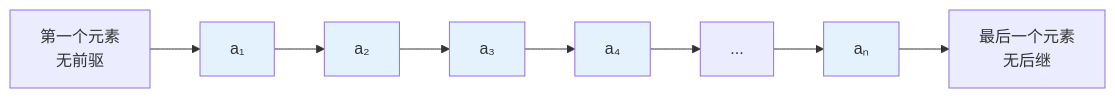
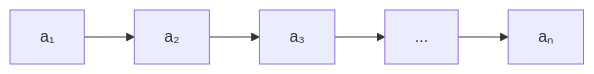
The third of 7 diagrams in 00.通用技术的提升/08.数据结构算法/02.数据结构设计思想.md (chongyang211/YCBookBlog), drawn with Mermaid before and after one commit. The commit also changed other lines of this file and 194 other files, not shown here.

````diff
--- a/00.通用技术的提升/08.数据结构算法/02.数据结构设计思想.md
+++ b/00.通用技术的提升/08.数据结构算法/02.数据结构设计思想.md
@@ -509,17 +133,4 @@
 ```mermaid
 graph LR
-    A[a₁] --> B[a₂]
-    B --> C[a₃]
-    C --> D[a₄]
-    D --> E[...]
-    E --> F[aₙ]
-    
-    G[第一个元素<br/>无前驱] --> A
-    F --> H[最后一个元素<br/>无后继]
-    
-    style A fill:#e3f2fd
-    style B fill:#e3f2fd
-    style C fill:#e3f2fd
-    style D fill:#e3f2fd
-    style F fill:#e3f2fd
+    A[a₁] --> B[a₂] --> C[a₃] --> D[...] --> E[aₙ]
 ```
````
